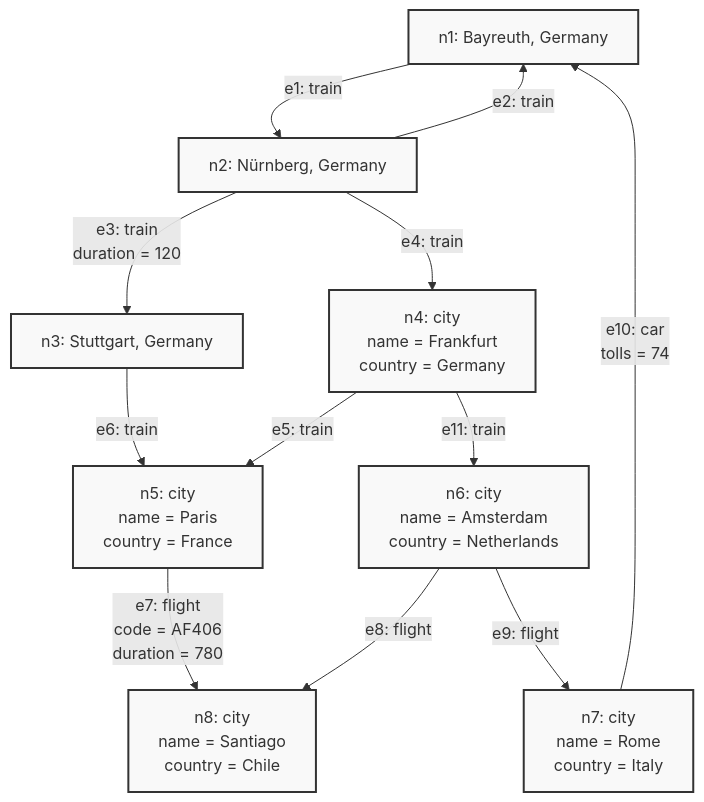
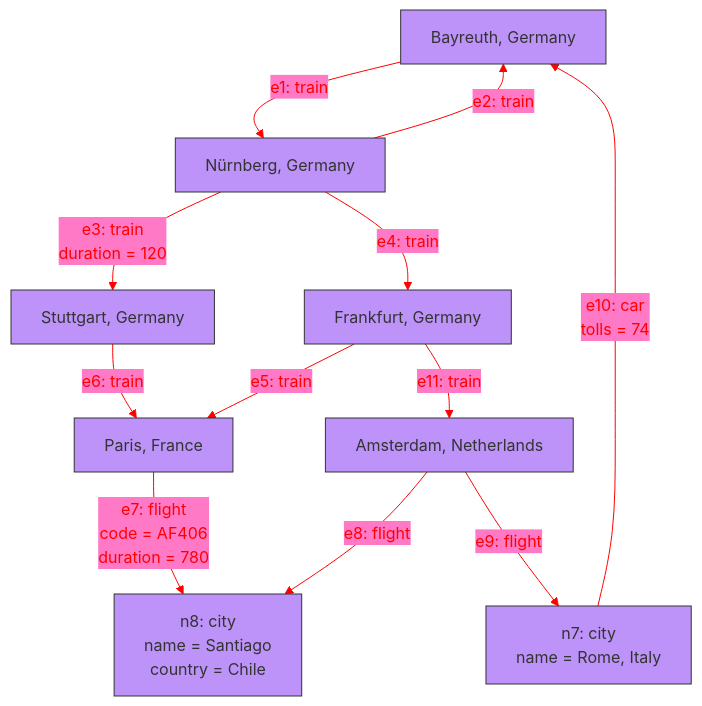
One commit to saqib-ali/docs changed the diagram in docs/querying/for.mdx. Above: the diagram before and after it, drawn with Mermaid.

Commit message:
Documentation edits made through Mintlify web editor

````diff
--- a/docs/querying/for.mdx
+++ b/docs/querying/for.mdx
@@ -5,28 +5,30 @@
 ```mermaid
+%%{init: {'theme':'base', 'themeVariables': { 'primaryColor':'#f9f9f9','primaryTextColor':'#333','primaryBorderColor':'#333','lineColor':'#FF79C6','secondaryColor':'#FF79C6','tertiaryColor':'#fff', 'background':'#282A36'}}}%%
 graph TB
-    n1[n1: Bayreuth, Germany]
-    n2[n2: Nürnberg, Germany]
-    n3[n3: Stuttgart, Germany]
-    n4[n4: city<br/>name = Frankfurt<br/>country = Germany]
-    n5[n5: city<br/>name = Paris<br/>country = France]
-    n6[n6: city<br/>name = Amsterdam<br/>country = Netherlands]
-    n7[n7: city<br/>name = Rome<br/>country = Italy]
+    n1[Bayreuth, Germany]
+    n2[Nürnberg, Germany]
+    n3[Stuttgart, Germany]
+    n4[Frankfurt, Germany]
+    n5[Paris, France]
+    n6[Amsterdam, Netherlands]
+    n7[n7: city<br/>name = Rome, Italy]
     n8[n8: city<br/>name = Santiago<br/>country = Chile]
     
     n1 -->|e1: train| n2
     n2 -->|e2: train| n1
     n2 -->|e3: train<br/>duration = 120| n3
     n2 -->|e4: train| n4
     n4 -->|e5: train| n5
     n3 -->|e6: train| n5
     n5 -->|e7: flight<br/>code = AF406<br/>duration = 780| n8
     n6 -->|e8: flight| n8
     n6 -->|e9: flight| n7
     n7 -->|e10: car<br/>tolls = 74| n1
     n4 -->|e11: train| n6
 
 
-    classDef cityNode fill:#f9f9f9,stroke:#333,stroke-width:2px
+    classDef cityNode fill:#BD93F9
     class n1,n2,n3,n4,n5,n6,n7,n8 cityNode
+    linkStyle default stroke:red,color:red
     
 ```
````
